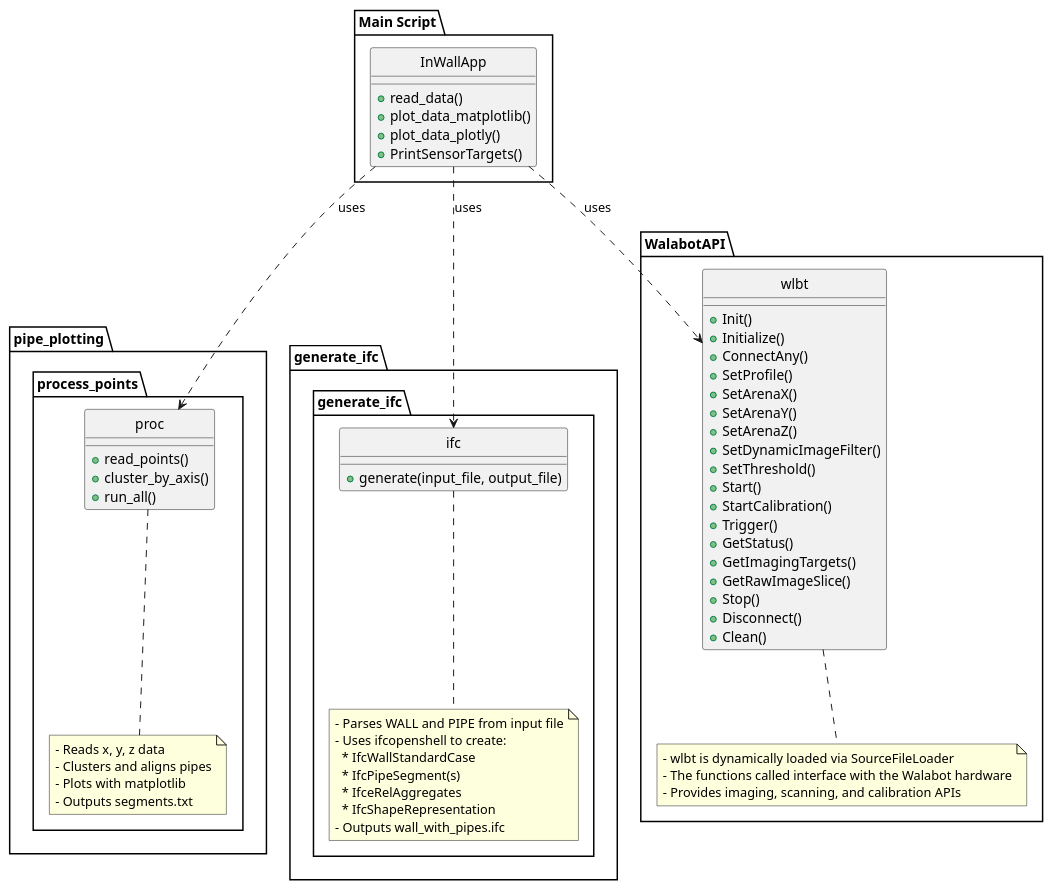
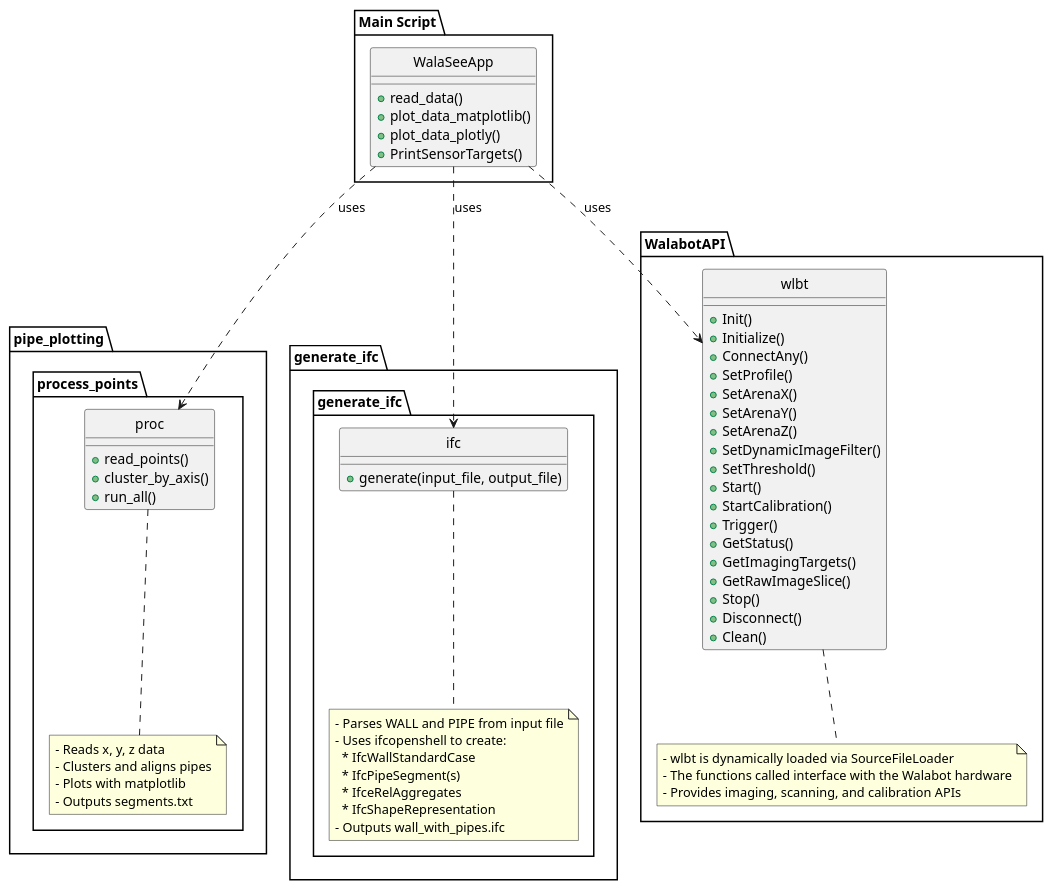
The diagram in src/classDiagram/classDiagram.plantuml (CSEN196Lab-S2025/senior-design-project-walasee), drawn with PlantUML before and after one commit. The commit also changed 3 other files, not shown here.

Commit message:
Updated class diagram and function name in megascript_v2

```diff
--- a/src/classDiagram/classDiagram.plantuml
+++ b/src/classDiagram/classDiagram.plantuml
@@ -1,84 +1,84 @@
 @startuml Revit_WalaSee
 skinparam style strictuml
 skinparam componentStyle rectangle
 top to bottom direction
 
 
 ' Main application logic
 package "Main Script" {
-  class InWallApp {
+  class WalaSeeApp {
     +read_data()
     +plot_data_matplotlib()
     +plot_data_plotly()
     +PrintSensorTargets()
   }
 }
 
 ' External module: process_points
 package "pipe_plotting.process_points" {
   class proc {
     +read_points()
     +cluster_by_axis()
     +run_all()
   }
 
   note bottom of proc
     - Reads x, y, z data
     - Clusters and aligns pipes
     - Plots with matplotlib
     - Outputs segments.txt
   end note
 }
 
 ' External module: generate_ifc
 package "generate_ifc.generate_ifc" {
   class ifc {
     +generate(input_file, output_file)
   }
 
   note bottom of ifc
     - Parses WALL and PIPE from input file
     - Uses ifcopenshell to create:
       * IfcWallStandardCase
       * IfcPipeSegment(s)
       * IfceRelAggregates
       * IfcShapeRepresentation
     - Outputs wall_with_pipes.ifc
   end note
 }
 
 ' External modeule: WalabotAPI
 ' wlbt = dynamic instance of Walabot API module
 package "WalabotAPI" {
   class wlbt {
     +Init()
     +Initialize()
     +ConnectAny()
     +SetProfile()
     +SetArenaX()
     +SetArenaY()
     +SetArenaZ()
     +SetDynamicImageFilter()
     +SetThreshold()
     +Start()
     +StartCalibration()
     +Trigger()
     +GetStatus()
     +GetImagingTargets()
     +GetRawImageSlice()
     +Stop()
     +Disconnect()
     +Clean()
   }
   note bottom of wlbt 
     - wlbt is dynamically loaded via SourceFileLoader
     - The functions called interface with the Walabot hardware
     - Provides imaging, scanning, and calibration APIs
   end note
 }
 
 ' Dependencies
-InWallApp ..> wlbt : uses
-InWallApp ..> proc : uses
-InWallApp ..> ifc : uses
+WalaSeeApp ..> wlbt : uses
+WalaSeeApp ..> proc : uses
+WalaSeeApp ..> ifc : uses
 @enduml
```
